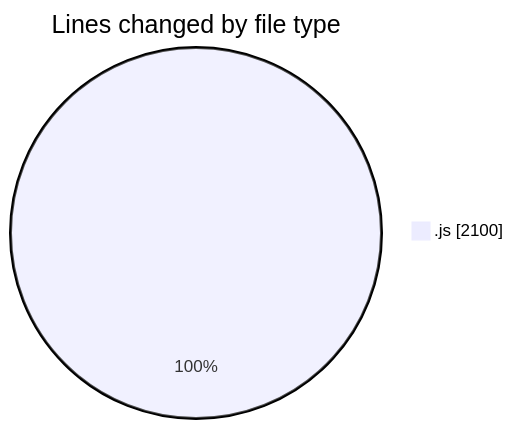
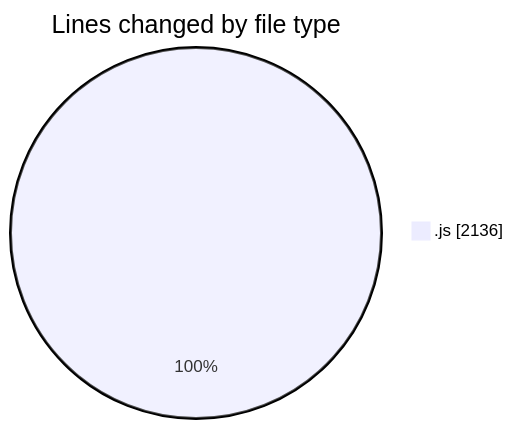
One commit to nxtqubesakshisongat/code-tracking changed the first of 2 diagrams in 2025-09-08/cashcalculator/README.md. Above: the diagram before and after it, drawn with Mermaid. The commit also changed other lines of this file and 1 other file, not shown here.

````diff
--- a/2025-09-08/cashcalculator/README.md
+++ b/2025-09-08/cashcalculator/README.md
@@ -20,5 +20,5 @@
 ```mermaid
 pie showData
 title Lines changed by file type
-".js" : 2100
+".js" : 2136
 ```
````
